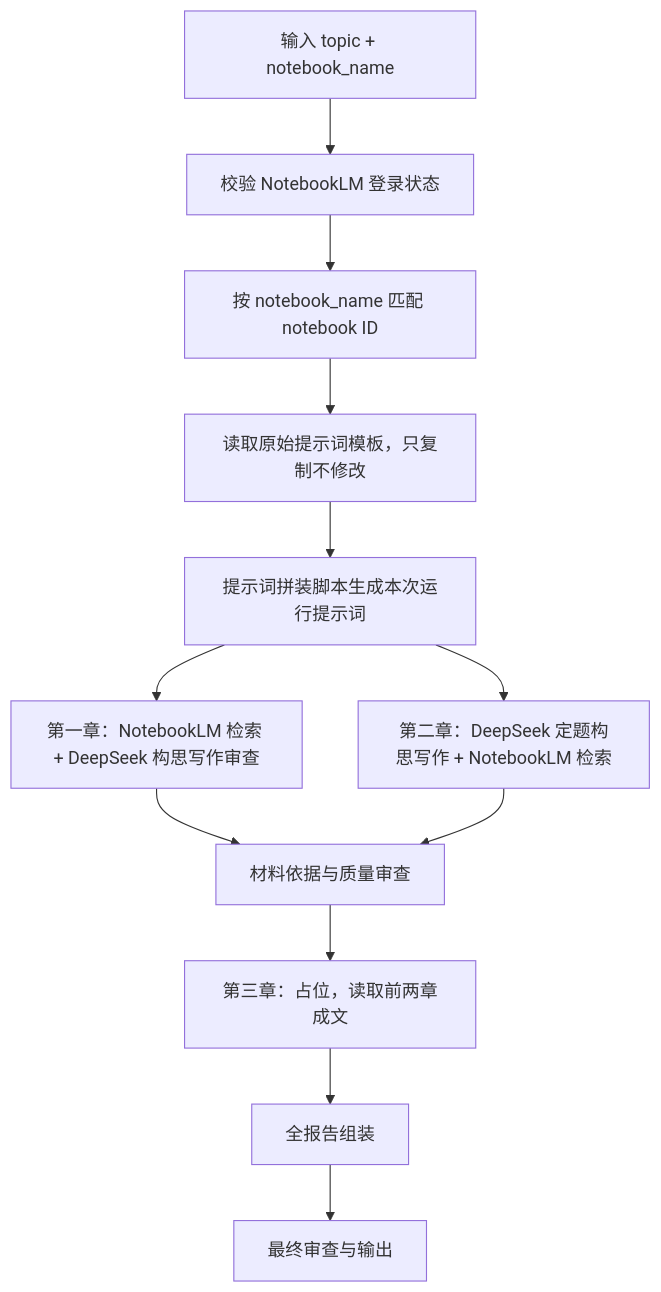
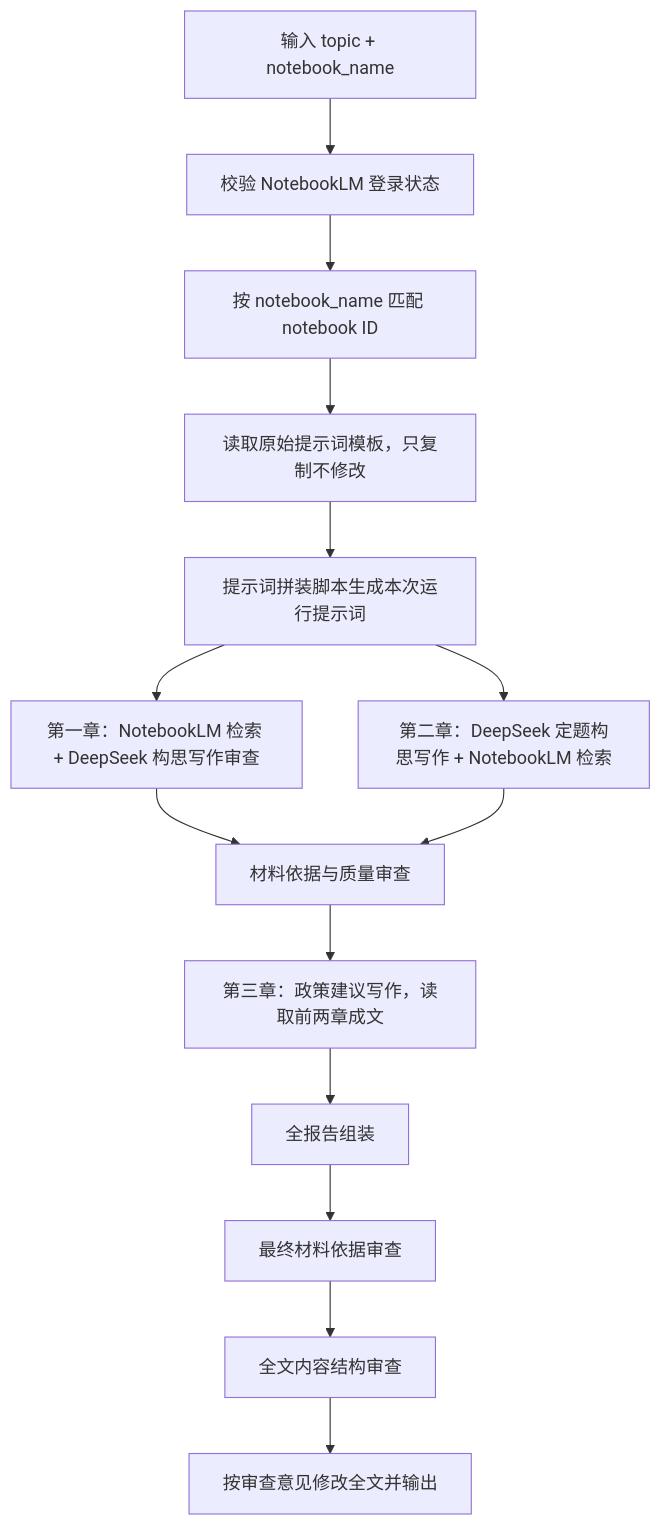
One commit to griifth/policy-writing-agent changed the first of 2 diagrams in example1/workflow/workflow_design.md. Above: the diagram before and after it, drawn with Mermaid. The commit also changed other lines of this file and 45 other files, not shown here.

````diff
--- a/example1/workflow/workflow_design.md
+++ b/example1/workflow/workflow_design.md
@@ -30,14 +30,16 @@
 ```mermaid
 flowchart TD
   A["输入 topic + notebook_name"] --> B["校验 NotebookLM 登录状态"]
   B --> C["按 notebook_name 匹配 notebook ID"]
   C --> D["读取原始提示词模板，只复制不修改"]
   D --> E["提示词拼装脚本生成本次运行提示词"]
   E --> F["第一章：NotebookLM 检索 + DeepSeek 构思写作审查"]
   E --> G["第二章：DeepSeek 定题构思写作 + NotebookLM 检索"]
   F --> H["材料依据与质量审查"]
   G --> H
-  H --> I["第三章：占位，读取前两章成文"]
+  H --> I["第三章：政策建议写作，读取前两章成文"]
   I --> J["全报告组装"]
-  J --> K["最终审查与输出"]
+  J --> K["最终材料依据审查"]
+  K --> L["全文内容结构审查"]
+  L --> M["按审查意见修改全文并输出"]
 ```
````
